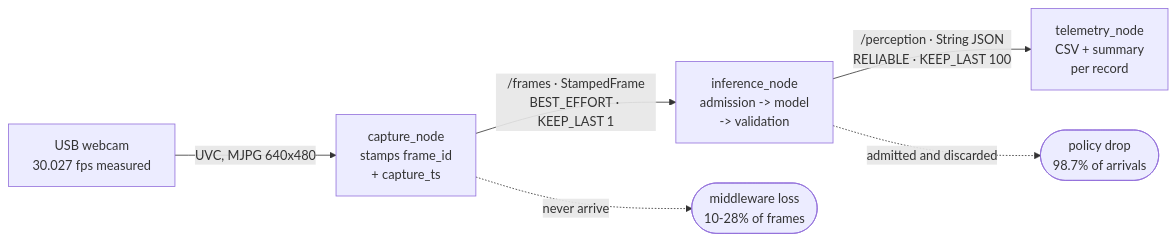
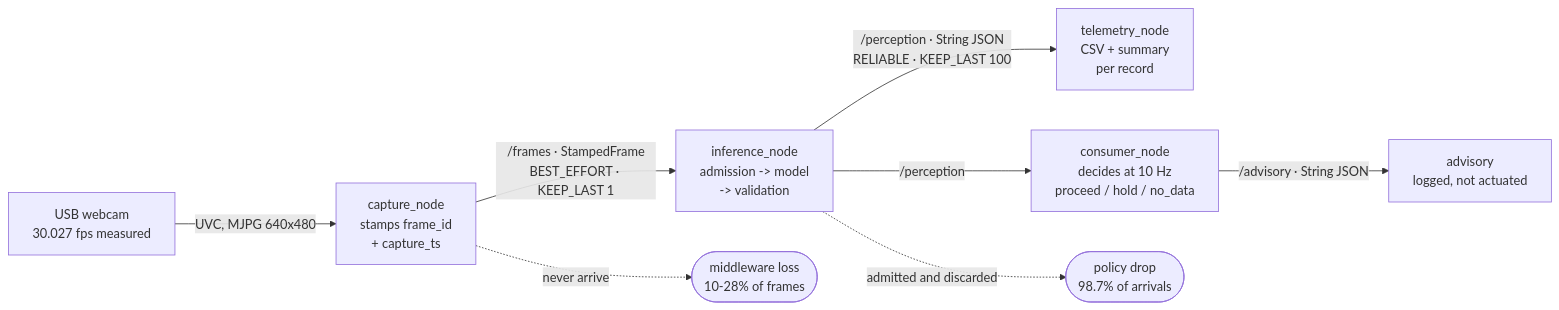
One commit to vivh3/edge-inference-pipeline changed the diagram in docs/ARCHITECTURE.md. Above: the diagram before and after it, drawn with Mermaid. The commit also changed other lines of this file and 4 other files, not shown here.

First line of the commit message:
consumer_node: the admission policy, mirrored downstream

````diff
--- a/docs/ARCHITECTURE.md
+++ b/docs/ARCHITECTURE.md
@@ -56,15 +56,18 @@
 ```mermaid
 flowchart LR
     cam["USB webcam<br/>30.027 fps measured"]
     cap["capture_node<br/>stamps frame_id<br/>+ capture_ts"]
     inf["inference_node<br/>admission -> model<br/>-> validation"]
     tel["telemetry_node<br/>CSV + summary<br/>per record"]
+    con["consumer_node<br/>decides at 10 Hz<br/>proceed / hold / no_data"]
     mw(["middleware loss<br/>10-28% of frames"])
     pol(["policy drop<br/>98.7% of arrivals"])
 
     cam -->|"UVC, MJPG 640x480"| cap
     cap -->|"/frames · StampedFrame<br/>BEST_EFFORT · KEEP_LAST 1"| inf
     inf -->|"/perception · String JSON<br/>RELIABLE · KEEP_LAST 100"| tel
+    inf -->|"/perception"| con
+    con -->|"/advisory · String JSON"| out["advisory<br/>logged, not actuated"]
     cap -.->|"never arrive"| mw
     inf -.->|"admitted and discarded"| pol
 ```
````
